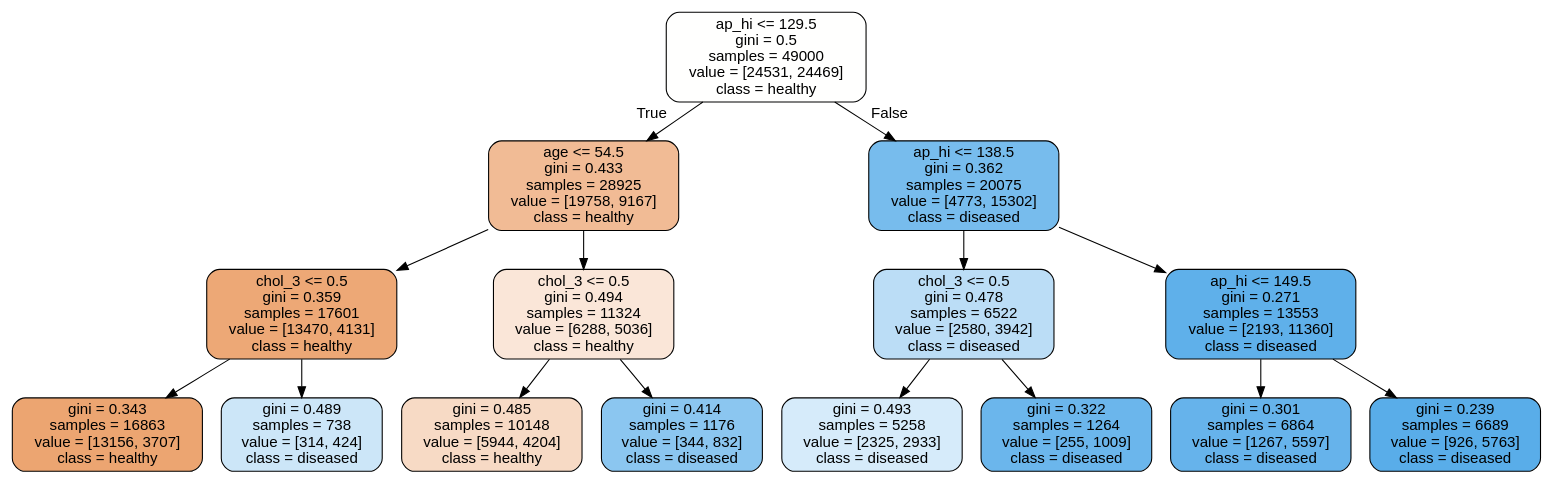
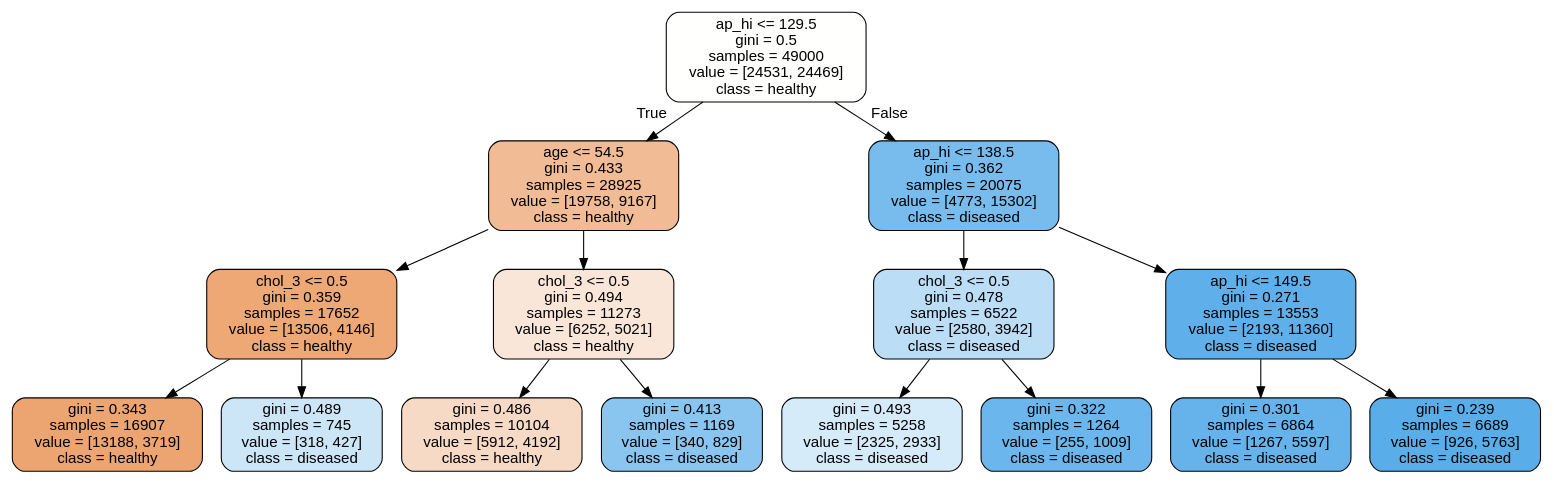
The diagram in tree.dot (Kodluyoruz-Veri-Bilimi-Bootcamp/assignment2-classification-nbsas), drawn with Graphviz before and after one commit. The commit also changed 2 other files, not shown here.

```diff
--- a/tree.dot
+++ b/tree.dot
@@ -1,33 +1,33 @@
 digraph Tree {
 node [shape=box, style="filled, rounded", color="black", fontname=helvetica] ;
 edge [fontname=helvetica] ;
 0 [label="ap_hi <= 129.5\ngini = 0.5\nsamples = 49000\nvalue = [24531, 24469]\nclass = healthy", fillcolor="#fffffe"] ;
 1 [label="age <= 54.5\ngini = 0.433\nsamples = 28925\nvalue = [19758, 9167]\nclass = healthy", fillcolor="#f1bb95"] ;
 0 -> 1 [labeldistance=2.5, labelangle=45, headlabel="True"] ;
-2 [label="chol_3 <= 0.5\ngini = 0.359\nsamples = 17601\nvalue = [13470, 4131]\nclass = healthy", fillcolor="#eda876"] ;
+2 [label="chol_3 <= 0.5\ngini = 0.359\nsamples = 17652\nvalue = [13506, 4146]\nclass = healthy", fillcolor="#eda876"] ;
 1 -> 2 ;
-3 [label="gini = 0.343\nsamples = 16863\nvalue = [13156, 3707]\nclass = healthy", fillcolor="#eca571"] ;
+3 [label="gini = 0.343\nsamples = 16907\nvalue = [13188, 3719]\nclass = healthy", fillcolor="#eca571"] ;
 2 -> 3 ;
-4 [label="gini = 0.489\nsamples = 738\nvalue = [314, 424]\nclass = diseased", fillcolor="#cce6f8"] ;
+4 [label="gini = 0.489\nsamples = 745\nvalue = [318, 427]\nclass = diseased", fillcolor="#cce6f8"] ;
 2 -> 4 ;
-5 [label="chol_3 <= 0.5\ngini = 0.494\nsamples = 11324\nvalue = [6288, 5036]\nclass = healthy", fillcolor="#fae6d8"] ;
+5 [label="chol_3 <= 0.5\ngini = 0.494\nsamples = 11273\nvalue = [6252, 5021]\nclass = healthy", fillcolor="#fae6d8"] ;
 1 -> 5 ;
-6 [label="gini = 0.485\nsamples = 10148\nvalue = [5944, 4204]\nclass = healthy", fillcolor="#f7dac5"] ;
+6 [label="gini = 0.486\nsamples = 10104\nvalue = [5912, 4192]\nclass = healthy", fillcolor="#f7dac5"] ;
 5 -> 6 ;
-7 [label="gini = 0.414\nsamples = 1176\nvalue = [344, 832]\nclass = diseased", fillcolor="#8bc6f0"] ;
+7 [label="gini = 0.413\nsamples = 1169\nvalue = [340, 829]\nclass = diseased", fillcolor="#8ac5f0"] ;
 5 -> 7 ;
 8 [label="ap_hi <= 138.5\ngini = 0.362\nsamples = 20075\nvalue = [4773, 15302]\nclass = diseased", fillcolor="#77bced"] ;
 0 -> 8 [labeldistance=2.5, labelangle=-45, headlabel="False"] ;
 9 [label="chol_3 <= 0.5\ngini = 0.478\nsamples = 6522\nvalue = [2580, 3942]\nclass = diseased", fillcolor="#bbddf6"] ;
 8 -> 9 ;
 10 [label="gini = 0.493\nsamples = 5258\nvalue = [2325, 2933]\nclass = diseased", fillcolor="#d6ebfa"] ;
 9 -> 10 ;
 11 [label="gini = 0.322\nsamples = 1264\nvalue = [255, 1009]\nclass = diseased", fillcolor="#6bb6ec"] ;
 9 -> 11 ;
 12 [label="ap_hi <= 149.5\ngini = 0.271\nsamples = 13553\nvalue = [2193, 11360]\nclass = diseased", fillcolor="#5fb0ea"] ;
 8 -> 12 ;
 13 [label="gini = 0.301\nsamples = 6864\nvalue = [1267, 5597]\nclass = diseased", fillcolor="#66b3eb"] ;
 12 -> 13 ;
 14 [label="gini = 0.239\nsamples = 6689\nvalue = [926, 5763]\nclass = diseased", fillcolor="#59ade9"] ;
 12 -> 14 ;
 }
```
